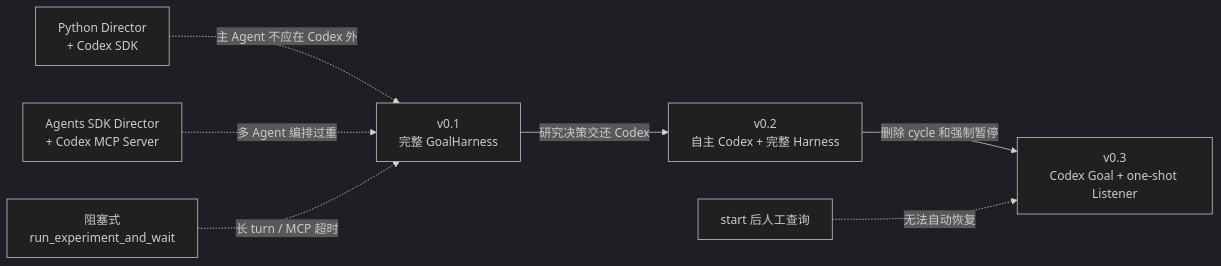
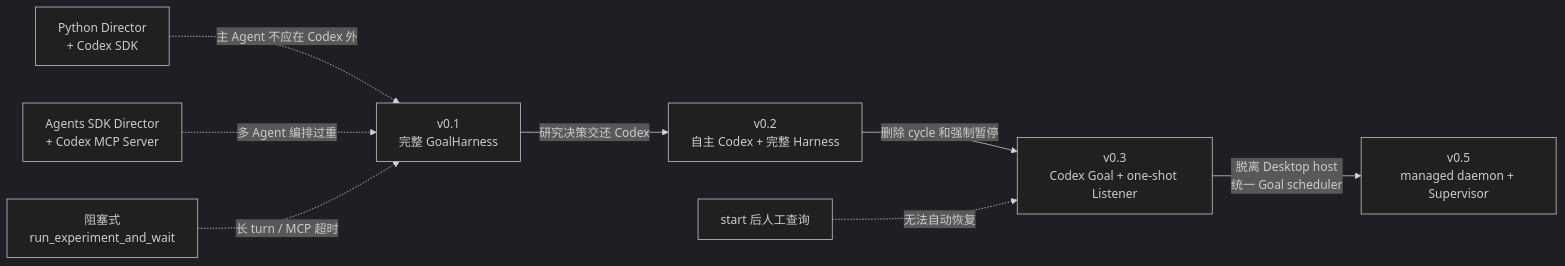
Before and after one commit to dollarser/codex-auto-research: the diagram in docs/HISTORY_DESIGN_ALTERNATIVES.md, drawn with Mermaid (dark theme). The commit also changed other lines of this file and 32 other files, not shown here.

````diff
--- a/docs/HISTORY_DESIGN_ALTERNATIVES.md
+++ b/docs/HISTORY_DESIGN_ALTERNATIVES.md
@@ -43,9 +43,10 @@
 ```mermaid
 flowchart LR
     A["Python Director<br/>+ Codex SDK"] -.->|"主 Agent 不应在 Codex 外"| C
     B["Agents SDK Director<br/>+ Codex MCP Server"] -.->|"多 Agent 编排过重"| C
     X["阻塞式<br/>run_experiment_and_wait"] -.->|"长 turn / MCP 超时"| C
     C["v0.1<br/>完整 GoalHarness"] -->|"研究决策交还 Codex"| D["v0.2<br/>自主 Codex + 完整 Harness"]
     D -->|"删除 cycle 和强制暂停"| E["v0.3<br/>Codex Goal + one-shot Listener"]
+    E -->|"脱离 Desktop host<br/>统一 Goal scheduler"| F["v0.5<br/>managed daemon + Supervisor"]
     Y["start 后人工查询"] -.->|"无法自动恢复"| E
 ```
````
